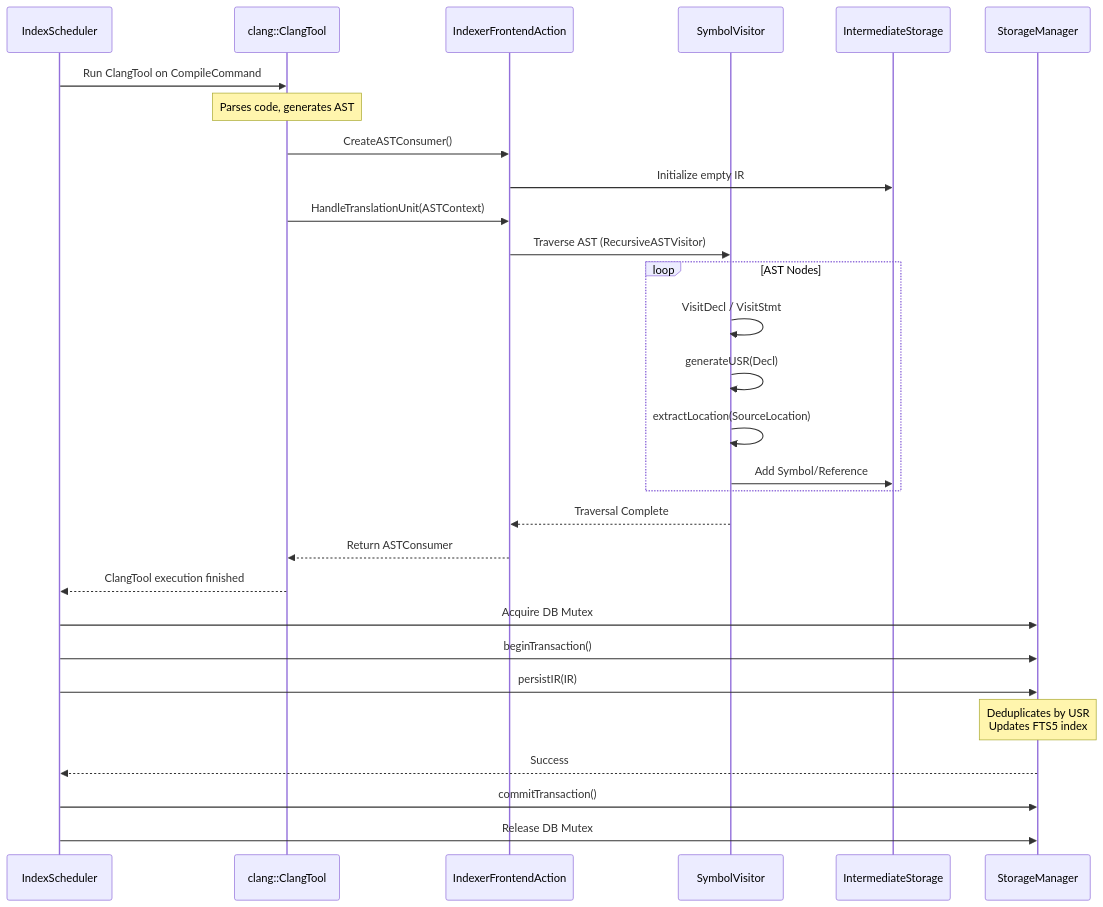
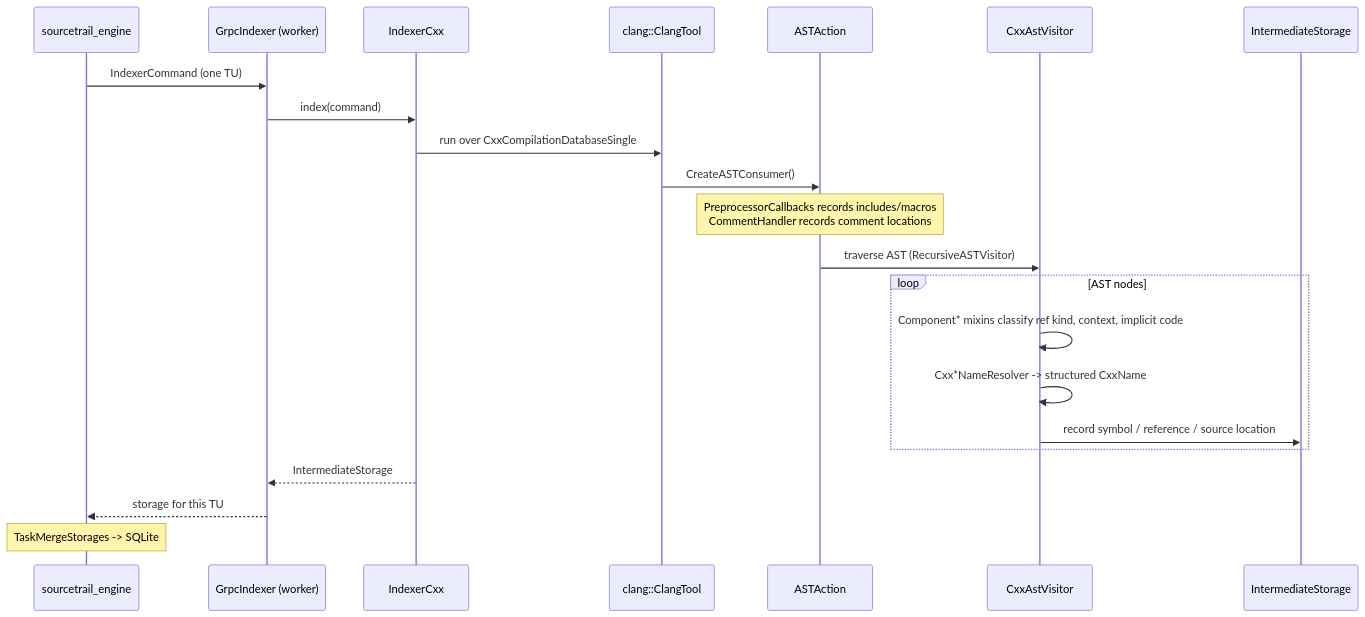
Before and after one commit to OpenSourceSourceTrail/Sourcetrail: the diagram in indexers/cxx/README.md, drawn with Mermaid. The commit also changed other lines of this file, not shown here.

First line of the commit message:
docs: describe the real indexer in indexers/cxx/README.md

````diff
--- a/indexers/cxx/README.md
+++ b/indexers/cxx/README.md
@@ -150,40 +83,27 @@
 ```mermaid
 sequenceDiagram
-    participant Sched as IndexScheduler
+    participant Engine as sourcetrail_engine
+    participant Worker as GrpcIndexer (worker)
+    participant Idx as IndexerCxx
     participant Tool as clang::ClangTool
-    participant Action as IndexerFrontendAction
-    participant Visitor as SymbolVisitor
+    participant Action as ASTAction
+    participant Visitor as CxxAstVisitor
     participant IR as IntermediateStorage
-    participant DB as StorageManager
 
-    Sched->>Tool: Run ClangTool on CompileCommand
-    Note over Tool: Parses code, generates AST
-    
+    Engine->>Worker: IndexerCommand (one TU)
+    Worker->>Idx: index(command)
+    Idx->>Tool: run over CxxCompilationDatabaseSingle
     Tool->>Action: CreateASTConsumer()
-    Action->>IR: Initialize empty IR
-    
-    Tool->>Action: HandleTranslationUnit(ASTContext)
-    Action->>Visitor: Traverse AST (RecursiveASTVisitor)
-    
-    loop AST Nodes
-        Visitor->>Visitor: VisitDecl / VisitStmt
-        Visitor->>Visitor: generateUSR(Decl)
-        Visitor->>Visitor: extractLocation(SourceLocation)
-        Visitor->>IR: Add Symbol/Reference
+    Note over Action: PreprocessorCallbacks records includes/macros<br/>CommentHandler records comment locations
+    Action->>Visitor: traverse AST (RecursiveASTVisitor)
+
+    loop AST nodes
+        Visitor->>Visitor: Component* mixins classify ref kind, context, implicit code
+        Visitor->>Visitor: Cxx*NameResolver -> structured CxxName
+        Visitor->>IR: record symbol / reference / source location
     end
-    
-    Visitor-->>Action: Traversal Complete
-    Action-->>Tool: Return ASTConsumer
-    
-    Tool-->>Sched: ClangTool execution finished
-    
-    Sched->>DB: Acquire DB Mutex
-    Sched->>DB: beginTransaction()
-    Sched->>DB: persistIR(IR)
-    
-    Note over DB: Deduplicates by USR<br/>Updates FTS5 index
-    
-    DB-->>Sched: Success
-    Sched->>DB: commitTransaction()
-    Sched->>DB: Release DB Mutex
+
+    Idx-->>Worker: IntermediateStorage
+    Worker-->>Engine: storage for this TU
+    Note over Engine: TaskMergeStorages -> SQLite
 ```
````
